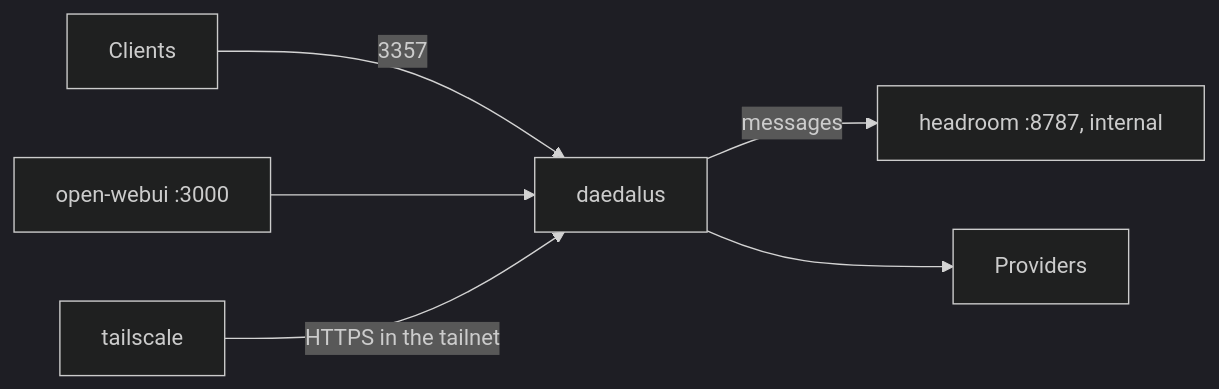
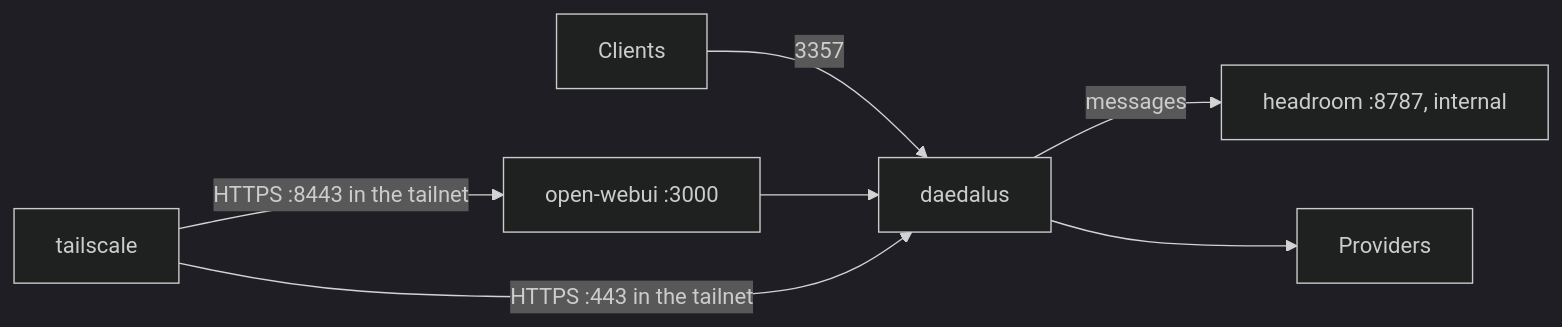
Before and after one commit to nemoe7/daedalus: the diagram in docs/deployment.md, drawn with Mermaid (dark theme). The commit also changed other lines of this file and 2 other files, not shown here.

Commit message:
feat(tailscale): publish Open WebUI on the tailnet at port 8443

````diff
--- a/docs/deployment.md
+++ b/docs/deployment.md
@@ -29,8 +29,9 @@
 ```mermaid
 flowchart LR
   C[Clients] -->|3357| D[daedalus]
   W[open-webui :3000] --> D
   D -->|messages| H[headroom :8787, internal]
-  T[tailscale] -->|HTTPS in the tailnet| D
+  T[tailscale] -->|HTTPS :443 in the tailnet| D
+  T -->|HTTPS :8443 in the tailnet| W
   D --> P[Providers]
 ```
````
